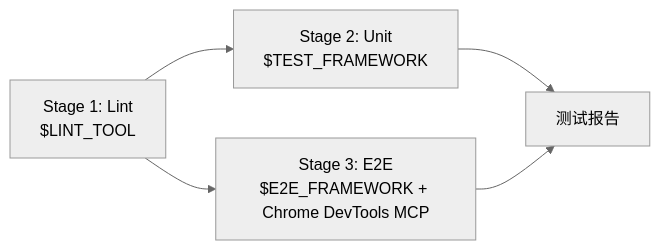
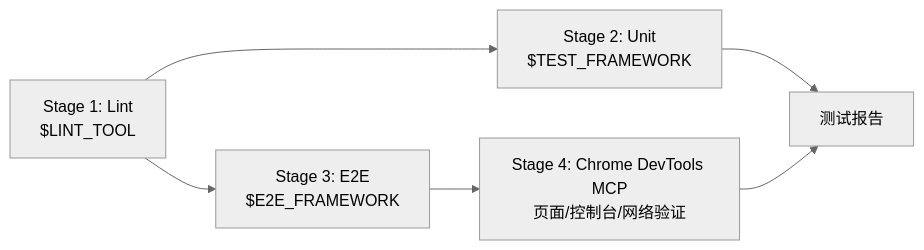
One commit to evan-taojiangcb/sdlc-workflow changed the diagram in sdlc-workflow/references/test-pipeline.md. Above: the diagram before and after it, drawn with Mermaid (neutral theme). The commit also changed other lines of this file and 16 other files, not shown here.

````diff
--- a/sdlc-workflow/references/test-pipeline.md
+++ b/sdlc-workflow/references/test-pipeline.md
@@ -15,11 +16,13 @@
 ```mermaid
 graph LR
     LINT["Stage 1: Lint<br/>$LINT_TOOL"]
     UNIT["Stage 2: Unit<br/>$TEST_FRAMEWORK"]
-    E2E["Stage 3: E2E<br/>$E2E_FRAMEWORK + Chrome DevTools MCP"]
+    E2E["Stage 3: E2E<br/>$E2E_FRAMEWORK"]
+    CHROME["Stage 4: Chrome DevTools MCP<br/>页面/控制台/网络验证"]
 
     LINT --> UNIT
     LINT --> E2E
     UNIT --> REPORT["测试报告"]
-    E2E --> REPORT
+    E2E --> CHROME
+    CHROME --> REPORT
 ```
````
